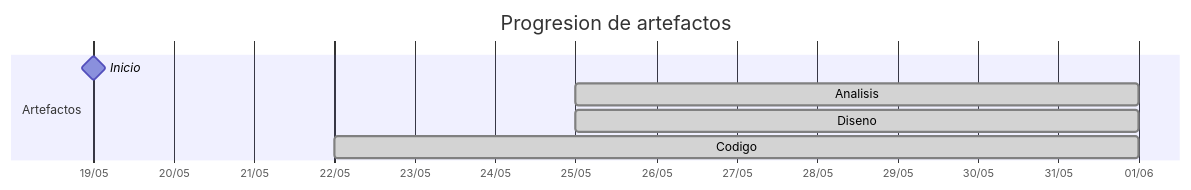
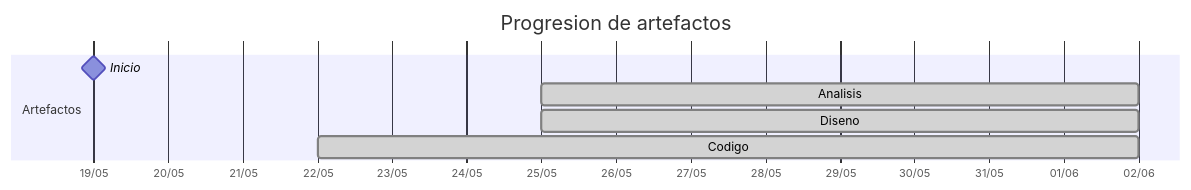
The diagram in TIMELINES/jerdier.md (carlos-alvarado-25/25-26-idsw2-sdVC), drawn with Mermaid before and after one commit. The commit also changed other lines of this file and 11 other files, not shown here.

````diff
--- a/TIMELINES/jerdier.md
+++ b/TIMELINES/jerdier.md
@@ -20,11 +20,11 @@
 ```mermaid
 gantt
     title Progresion de artefactos
     dateFormat YYYY-MM-DD
     axisFormat %d/%m
     section Artefactos
         Inicio       :milestone, 2026-05-19, 0d
-        Analisis     :done, 2026-05-25, 2026-06-01
-        Diseno       :done, 2026-05-25, 2026-06-01
-        Codigo       :done, 2026-05-22, 2026-06-01
+        Analisis     :done, 2026-05-25, 2026-06-02
+        Diseno       :done, 2026-05-25, 2026-06-02
+        Codigo       :done, 2026-05-22, 2026-06-02
 ```
````
